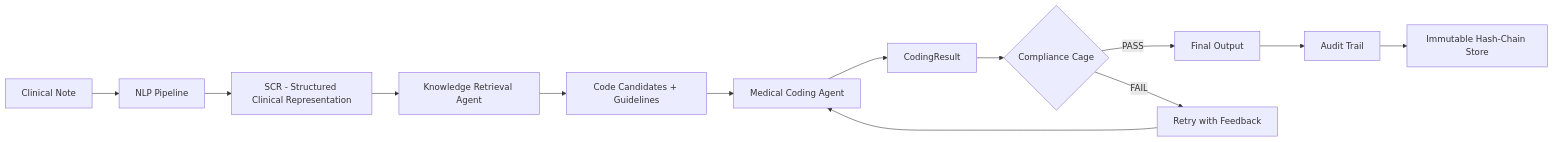
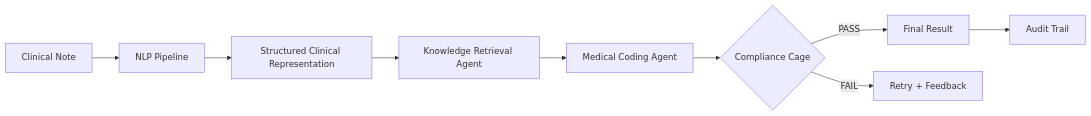
Before and after one commit to Abhiram-1317/MEDI-COMPLY: the diagram in README.md, drawn with Mermaid. The commit also changed other lines of this file and 45 other files, not shown here.

````diff
--- a/README.md
+++ b/README.md
@@ -90,15 +75,11 @@
 ```mermaid
 graph LR
-    A[Clinical Note] --> B[NLP Pipeline]
-    B --> C[SCR - Structured Clinical Representation]
-    C --> D[Knowledge Retrieval Agent]
-    D --> E[Code Candidates + Guidelines]
-    E --> F[Medical Coding Agent]
-    F --> G[CodingResult]
-    G --> H{Compliance Cage}
-    H -->|PASS| I[Final Output]
-    H -->|FAIL| J[Retry with Feedback]
-    J --> F
-    I --> K[Audit Trail]
-    K --> L[Immutable Hash-Chain Store]
+		A[Clinical Note] --> B[NLP Pipeline]
+		B --> C[Structured Clinical Representation]
+		C --> D[Knowledge Retrieval Agent]
+		D --> E[Medical Coding Agent]
+		E --> F{Compliance Cage}
+		F -->|PASS| G[Final Result]
+		F -->|FAIL| H[Retry + Feedback]
+		G --> I[Audit Trail]
 ```
````
